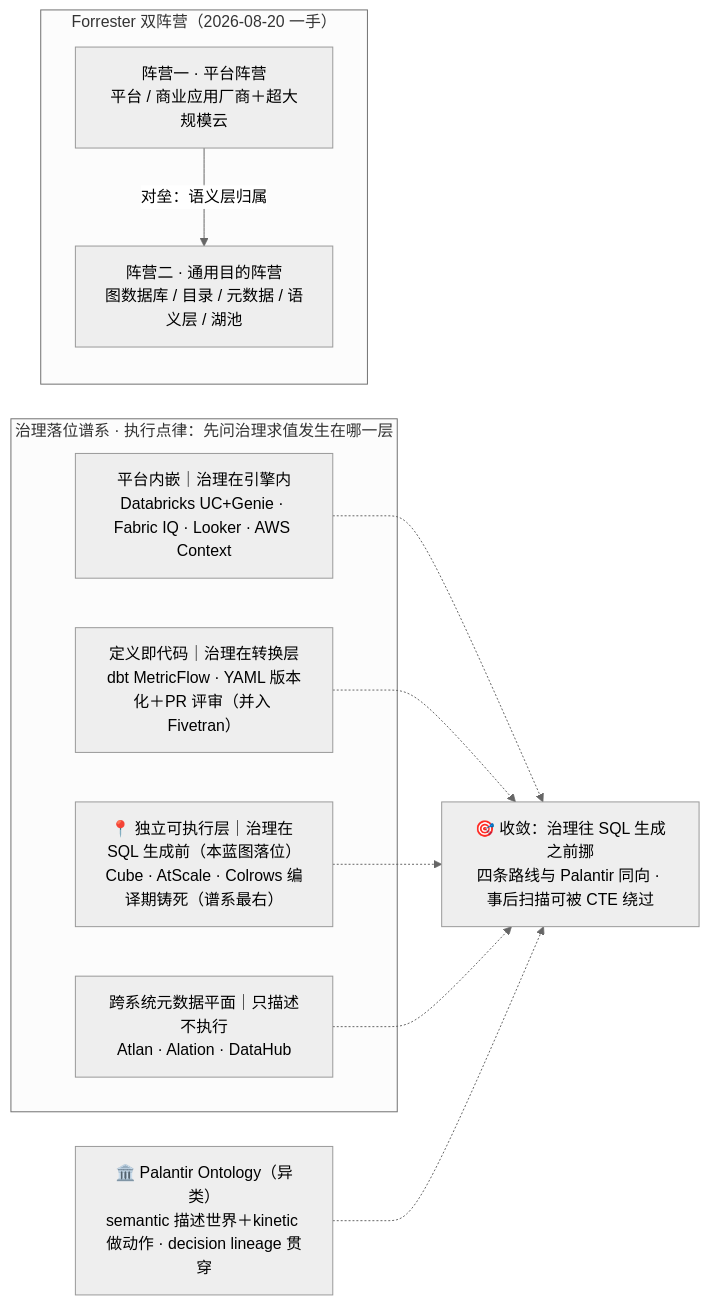
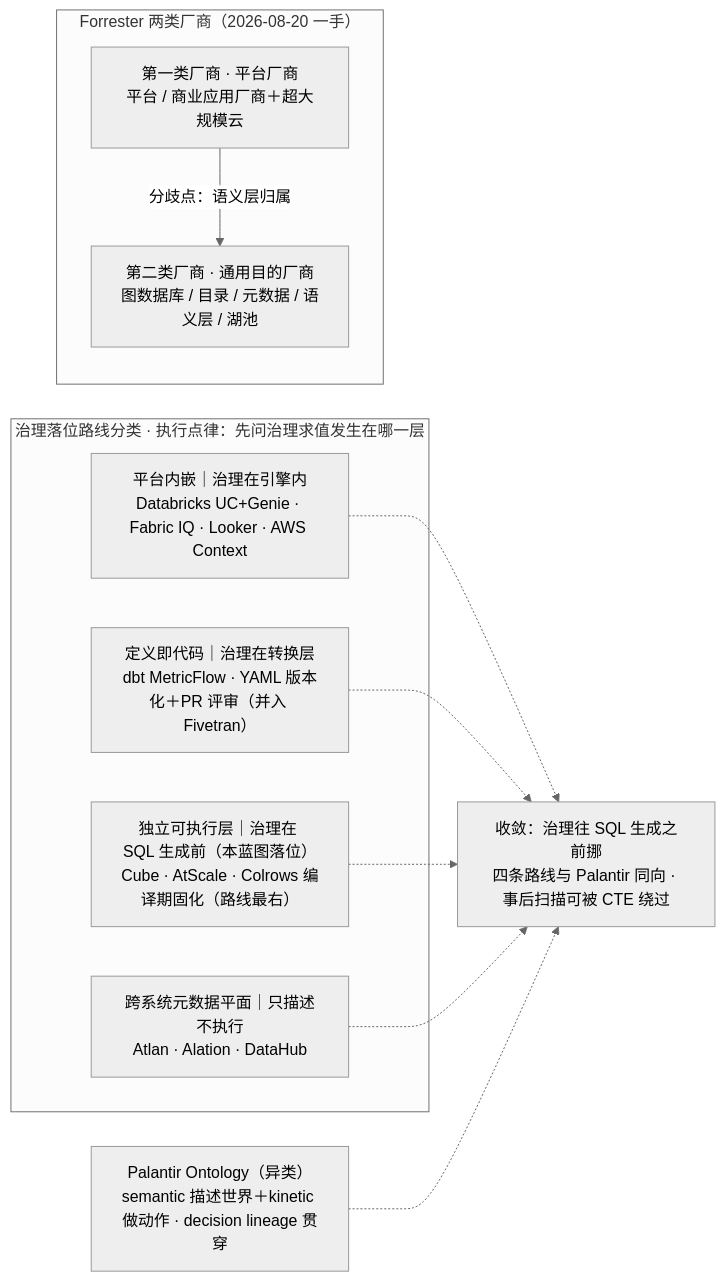
One commit to ThreeFish-AI/negentropy changed the diagram in docs/assets/mermaid/cognitive-context/context-layer-blueprint--industry-landscape.mmd. Above: the diagram before and after it, drawn with Mermaid (neutral theme). The commit also changed 111 other files, not shown here.

First line of the commit message:
docs(cognitive-context): 13 张 Context Layer 配图去比喻重渲——candidate 全量入库、节点拓扑坐标零变动;

```diff
--- a/docs/assets/mermaid/cognitive-context/context-layer-blueprint--industry-landscape.mmd
+++ b/docs/assets/mermaid/cognitive-context/context-layer-blueprint--industry-landscape.mmd
@@ -1,23 +1,23 @@
-%%source: docs/research/cognitive-context/013-context-layer-blueprint.md §11 业界格局、范本与组织面（Forrester 双阵营与两场判词增补）
+%%source: docs/research/cognitive-context/013-context-layer-blueprint.md §11 业界格局、范本与组织面（Forrester 两类厂商与两场论断增补）
 %%slug: cognitive-context/context-layer-blueprint--industry-landscape
 %%type: architecture
-%%derived: archify architecture v2, 四路线谱系重排＋Palantir 收敛＋Forrester 双阵营与「传输之战 vs 含义之战」判词（对齐 013 §11 重铸稿）
+%%derived: archify architecture v2, 四类路线重排＋Palantir 收敛＋Forrester 两类厂商与「传输之战 vs 含义之战」论断（对齐 013 §11 重写稿）
 flowchart LR
-    subgraph SPEC["治理落位谱系 · 执行点律：先问治理求值发生在哪一层"]
+    subgraph SPEC["治理落位路线分类 · 执行点律：先问治理求值发生在哪一层"]
         R1["平台内嵌｜治理在引擎内<br/>Databricks UC+Genie · Fabric IQ · Looker · AWS Context"]
         R2["定义即代码｜治理在转换层<br/>dbt MetricFlow · YAML 版本化＋PR 评审（并入 Fivetran）"]
-        R3["📍 独立可执行层｜治理在 SQL 生成前（本蓝图落位）<br/>Cube · AtScale · Colrows 编译期铸死（谱系最右）"]
+        R3["独立可执行层｜治理在 SQL 生成前（本蓝图落位）<br/>Cube · AtScale · Colrows 编译期固化（路线最右）"]
         R4["跨系统元数据平面｜只描述不执行<br/>Atlan · Alation · DataHub"]
     end
-    PLTR["🏛️ Palantir Ontology（异类）<br/>semantic 描述世界＋kinetic 做动作 · decision lineage 贯穿"]
-    CONV["🎯 收敛：治理往 SQL 生成之前挪<br/>四条路线与 Palantir 同向 · 事后扫描可被 CTE 绕过"]
-    subgraph CAMPS["Forrester 双阵营（2026-08-20 一手）"]
-        C1["阵营一 · 平台阵营<br/>平台 / 商业应用厂商＋超大规模云"]
-        C2["阵营二 · 通用目的阵营<br/>图数据库 / 目录 / 元数据 / 语义层 / 湖池"]
+    PLTR["Palantir Ontology（异类）<br/>semantic 描述世界＋kinetic 做动作 · decision lineage 贯穿"]
+    CONV["收敛：治理往 SQL 生成之前挪<br/>四条路线与 Palantir 同向 · 事后扫描可被 CTE 绕过"]
+    subgraph CAMPS["Forrester 两类厂商（2026-08-20 一手）"]
+        C1["第一类厂商 · 平台厂商<br/>平台 / 商业应用厂商＋超大规模云"]
+        C2["第二类厂商 · 通用目的厂商<br/>图数据库 / 目录 / 元数据 / 语义层 / 湖池"]
     end
     R1 -.-> CONV
     R2 -.-> CONV
     R3 -.-> CONV
     R4 -.-> CONV
     PLTR -.-> CONV
-    C1 -->|"对垒：语义层归属"| C2
+    C1 -->|"分歧点：语义层归属"| C2
```
